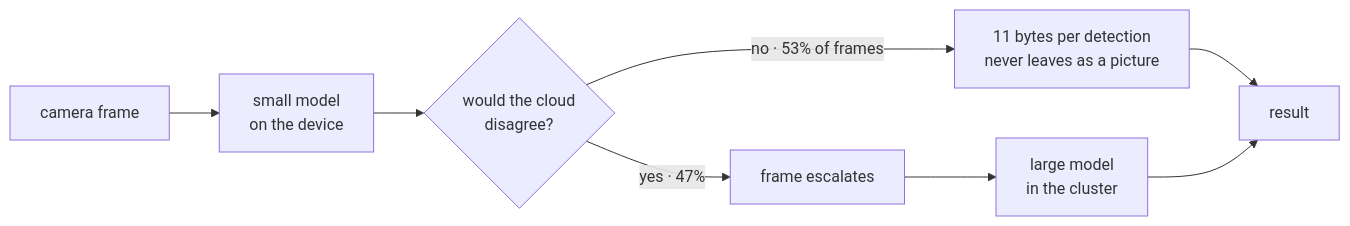
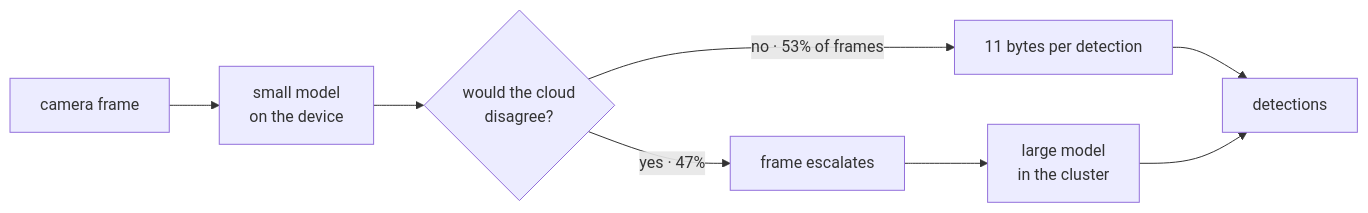
The diagram in README.md (dantonioluigi/axonmesh), drawn with Mermaid before and after one commit. The commit also changed other lines of this file and 4 other files, not shown here.

````diff
--- a/README.md
+++ b/README.md
@@ -94,10 +16,10 @@
 ```mermaid
 flowchart LR
     A[camera frame] --> B[small model<br/>on the device]
     B --> C{"would the cloud<br/>disagree?"}
-    C -- "no · 53% of frames" --> D["11 bytes per detection<br/>never leaves as a picture"]
+    C -- "no · 53% of frames" --> D["11 bytes per detection"]
     C -- "yes · 47%" --> E[frame escalates]
     E --> F[large model<br/>in the cluster]
-    D --> G[result]
+    D --> G[detections]
     F --> G
 ```
````
